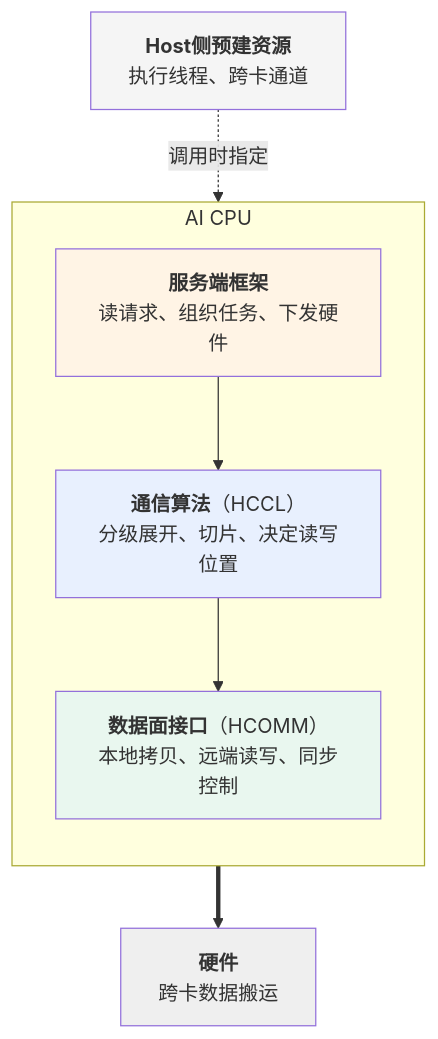
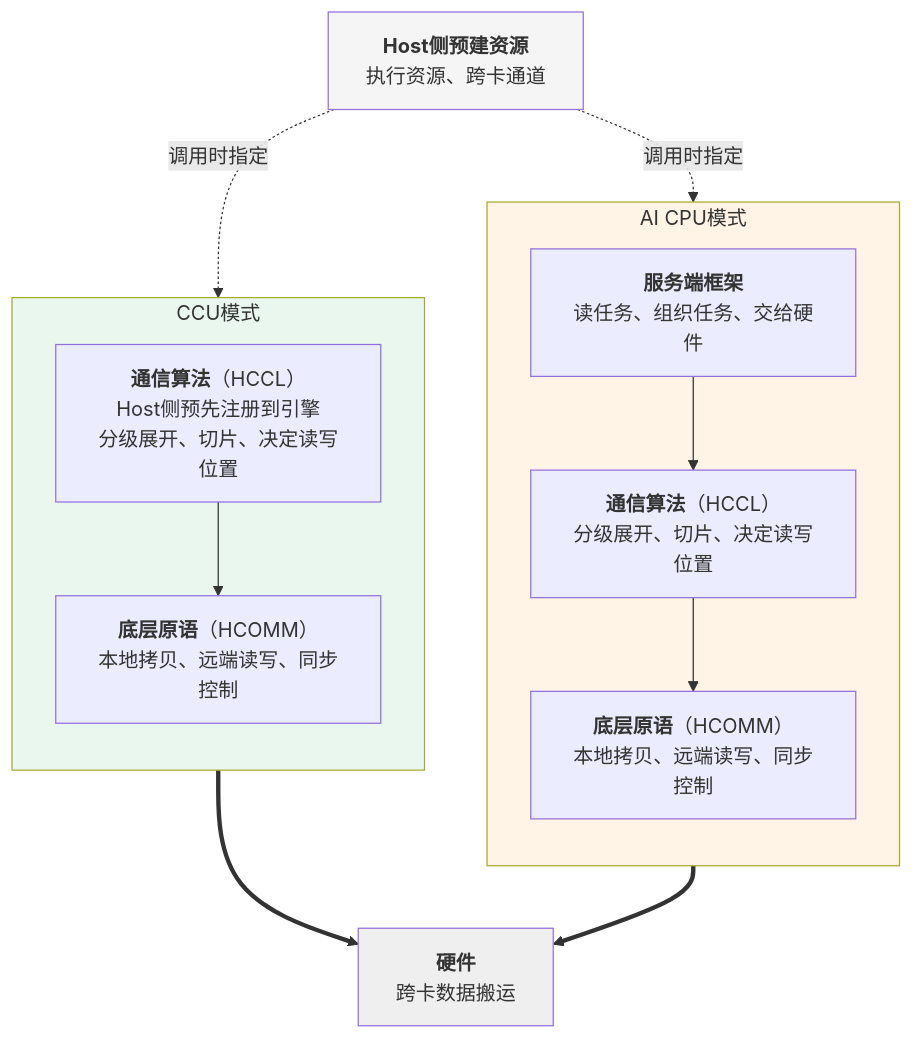
Before and after one commit to Atlas-Ascend-Fork/asc-comm: the seventh of 7 diagrams in docs/zh/编程模型/MC2编程模型/通信模型.md, drawn with Mermaid. The commit also changed other lines of this file and 1 other file, not shown here.

````diff
--- a/docs/zh/编程模型/MC2编程模型/通信模型.md
+++ b/docs/zh/编程模型/MC2编程模型/通信模型.md
@@ -478,22 +544,30 @@
 ```mermaid
 flowchart TB
-    subgraph AICPU["AI CPU"]
+    subgraph AICPU["AI CPU模式"]
         direction TB
-        L1["<b>服务端框架</b><br/>读请求、组织任务、下发硬件"]
+        L1["<b>服务端框架</b><br/>读任务、组织任务、交给硬件"]
         L2["<b>通信算法</b>（HCCL）<br/>分级展开、切片、决定读写位置"]
-        L3["<b>数据面接口</b>（HCOMM）<br/>本地拷贝、远端读写、同步控制"]
+        L3["<b>底层原语</b>（HCOMM）<br/>本地拷贝、远端读写、同步控制"]
         L1 --> L2 --> L3
     end
 
+    subgraph CCUM["CCU模式"]
+        direction TB
+        M1["<b>通信算法</b>（HCCL）<br/>Host侧预先注册到引擎<br/>分级展开、切片、决定读写位置"]
+        M2["<b>底层原语</b>（HCOMM）<br/>本地拷贝、远端读写、同步控制"]
+        M1 --> M2
+    end
+
+    RES["<b>Host侧预建资源</b><br/>执行资源、跨卡通道"]
     HW["<b>硬件</b><br/>跨卡数据搬运"]
-    RES["<b>Host侧预建资源</b><br/>执行线程、跨卡通道"]
 
     L3 ==> HW
+    M2 ==> HW
     RES -.->|"调用时指定"| L3
+    RES -.->|"调用时指定"| M2
 
-    style L1 fill:#fff4e5
-    style L2 fill:#e8f0fe
-    style L3 fill:#e9f7ef
+    style AICPU fill:#fff4e5
+    style CCUM fill:#e9f7ef
     style RES fill:#f5f5f5
     style HW fill:#efefef
 ```
````
